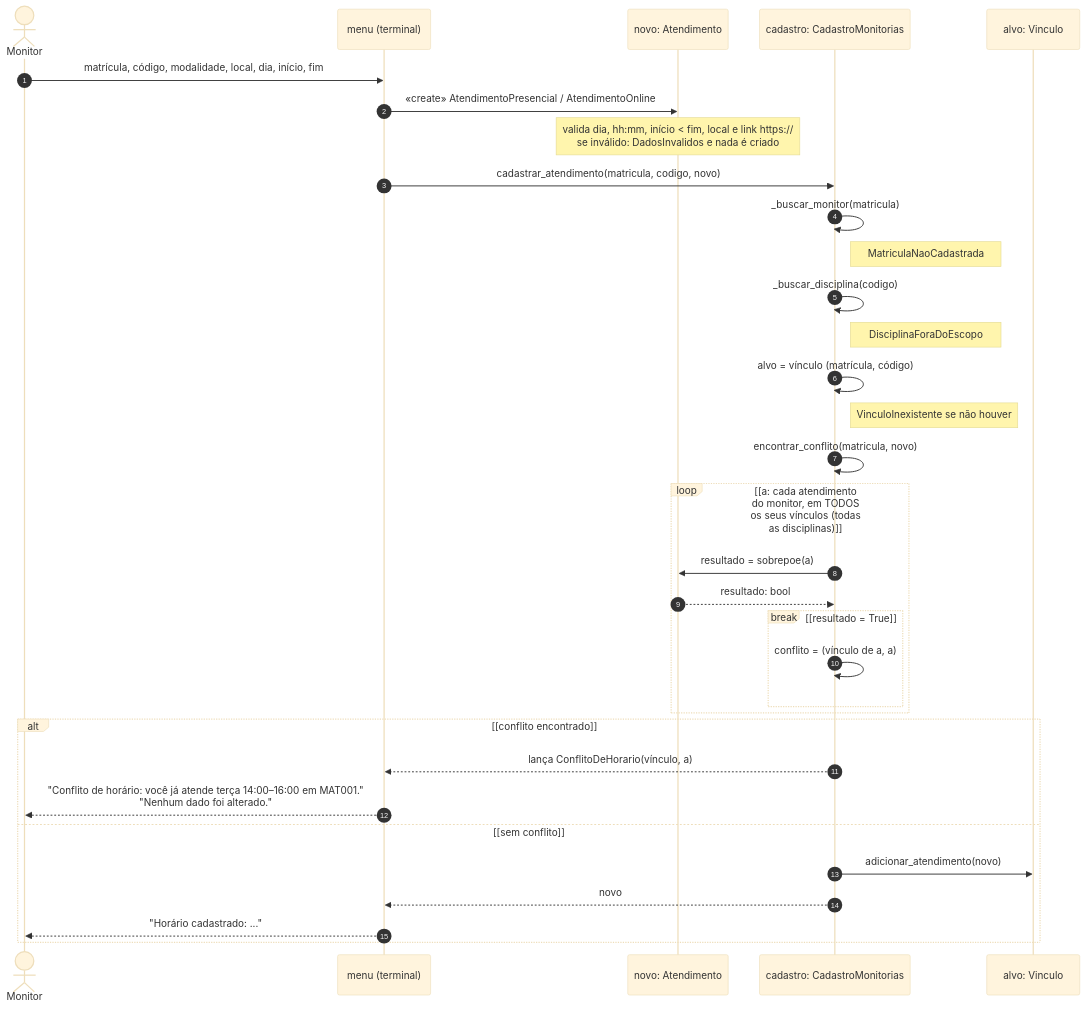
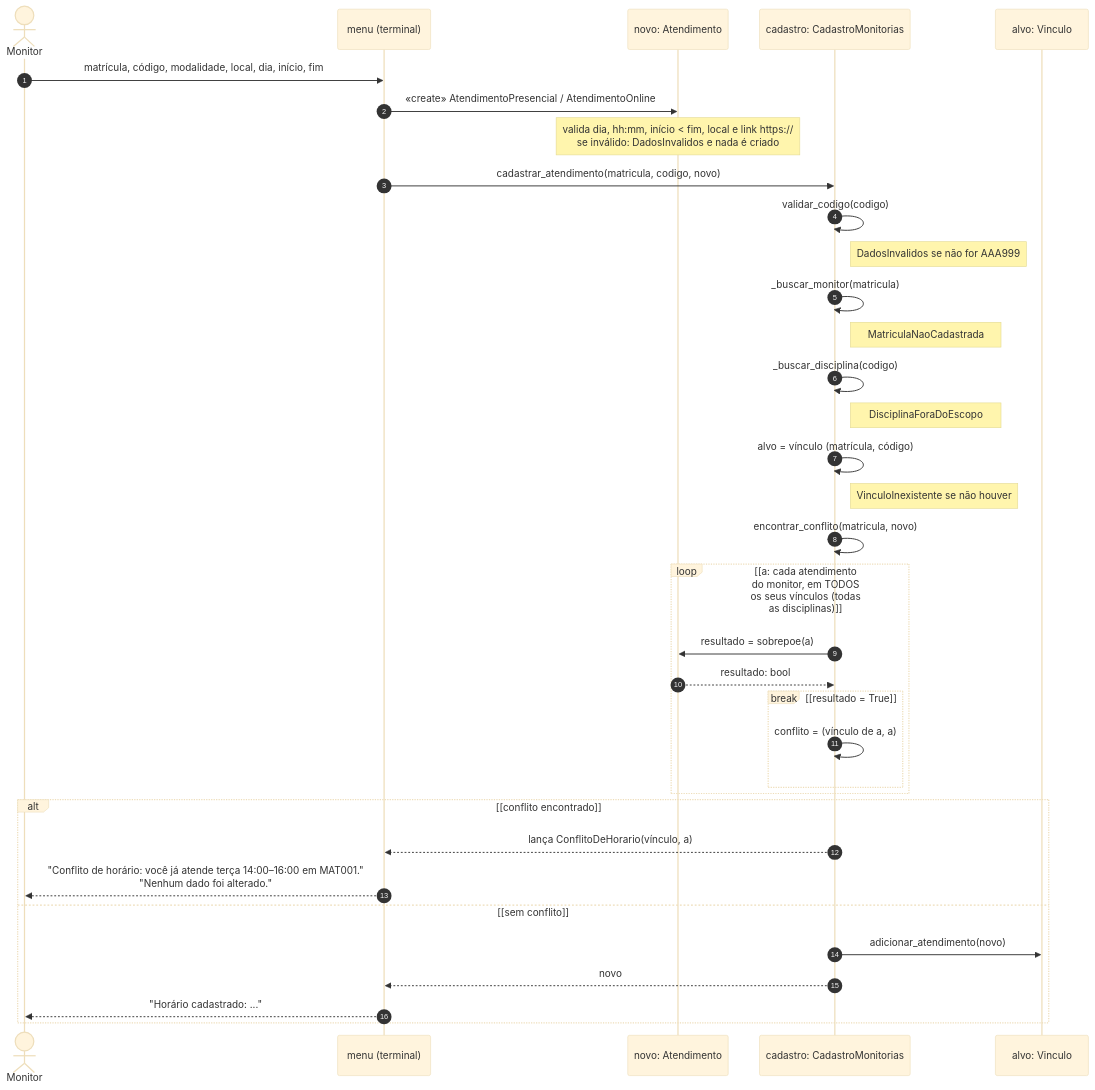
The diagram in docs/sequencia_f1_cadastrar.md (Thiago-Lopes-Souza/sistema_monitoria), drawn with Mermaid (base theme) before and after one commit. The commit also changed other lines of this file and 11 other files, not shown here.

First line of the commit message:
Docstrings do domínio, estilo e ordem das validações no diagrama

````diff
--- a/docs/sequencia_f1_cadastrar.md
+++ b/docs/sequencia_f1_cadastrar.md
@@ -8,38 +8,40 @@
 ```mermaid
 sequenceDiagram
     autonumber
     actor M as Monitor
     participant T as menu (terminal)
     participant N as novo: Atendimento
     participant C as cadastro: CadastroMonitorias
     participant V as alvo: Vinculo
 
     M->>T: matrícula, código, modalidade, local, dia, início, fim
     T->>N: «create» AtendimentoPresencial / AtendimentoOnline
     Note over N: valida dia, hh:mm, início < fim, local e link https://<br/>se inválido: DadosInvalidos e nada é criado
     T->>C: cadastrar_atendimento(matricula, codigo, novo)
+    C->>C: validar_codigo(codigo)
+    Note right of C: DadosInvalidos se não for AAA999
     C->>C: _buscar_monitor(matricula)
     Note right of C: MatriculaNaoCadastrada
     C->>C: _buscar_disciplina(codigo)
     Note right of C: DisciplinaForaDoEscopo
     C->>C: alvo = vínculo (matrícula, código)
     Note right of C: VinculoInexistente se não houver
 
     C->>C: encontrar_conflito(matricula, novo)
     loop [a: cada atendimento do monitor, em TODOS os seus vínculos (todas as disciplinas)]
         C->>N: resultado = sobrepoe(a)
         N-->>C: resultado: bool
         break [resultado = True]
             C->>C: conflito = (vínculo de a, a)
         end
     end
 
     alt [conflito encontrado]
         C-->>T: lança ConflitoDeHorario(vínculo, a)
         T-->>M: "Conflito de horário: você já atende terça 14:00–16:00 em MAT001."<br/>"Nenhum dado foi alterado."
     else [sem conflito]
         C->>V: adicionar_atendimento(novo)
         C-->>T: novo
         T-->>M: "Horário cadastrado: ..."
     end
 ```
````
